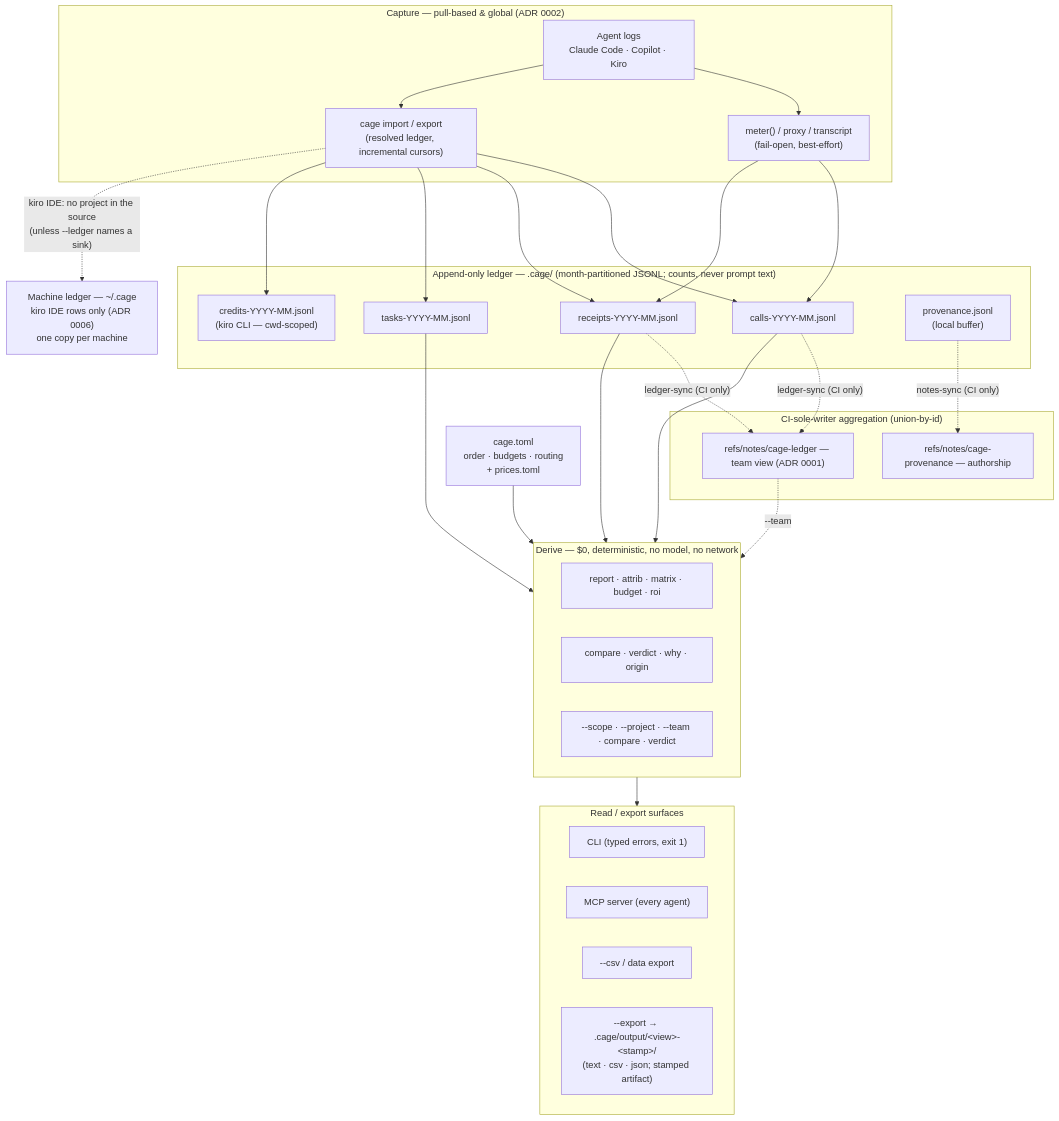
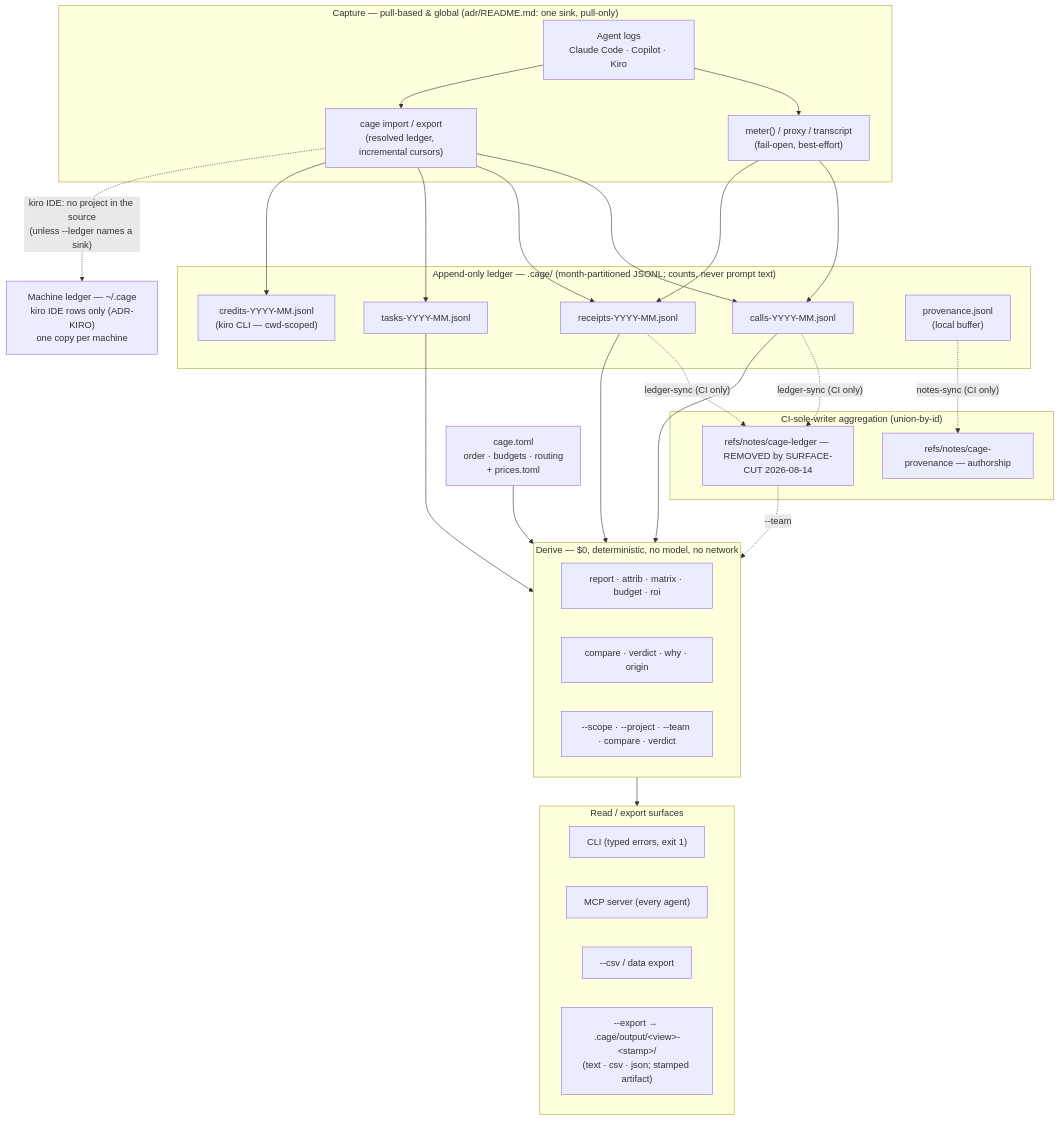
The diagram in docs/architecture-flow.mermaid (arpitarya/cage), drawn with Mermaid before and after one commit. The commit also changed 196 other files, not shown here.

```diff
--- a/docs/architecture-flow.mermaid
+++ b/docs/architecture-flow.mermaid
@@ -1,61 +1,61 @@
 %% cage — the one-way data flow (capture → append-only ledger → deterministic derive → read/export)
 %% Maintained: update when a stage, sink, or read surface changes (see DOC-REGISTRY.md).
 %% Mirrors the Architecture section of CLAUDE.md and docs/cage-plan.md §3–§5.
 flowchart TD
-    subgraph capture["Capture — pull-based & global (ADR 0002)"]
+    subgraph capture["Capture — pull-based & global (adr/README.md: one sink, pull-only)"]
         agents["Agent logs<br/>Claude Code · Copilot · Kiro"]
         meter["meter() / proxy / transcript<br/>(fail-open, best-effort)"]
         imp["cage import / export<br/>(resolved ledger, incremental cursors)"]
         agents --> meter
         agents --> imp
     end
 
     subgraph ledger["Append-only ledger — .cage/ (month-partitioned JSONL; counts, never prompt text)"]
         calls["calls-YYYY-MM.jsonl"]
         receipts["receipts-YYYY-MM.jsonl"]
         tasks["tasks-YYYY-MM.jsonl"]
         credits["credits-YYYY-MM.jsonl<br/>(kiro CLI — cwd-scoped)"]
         prov["provenance.jsonl<br/>(local buffer)"]
     end
 
-    machine["Machine ledger — ~/.cage<br/>kiro IDE rows only (ADR 0006)<br/>one copy per machine"]
+    machine["Machine ledger — ~/.cage<br/>kiro IDE rows only (ADR-KIRO)<br/>one copy per machine"]
 
     meter --> calls
     meter --> receipts
     imp --> calls
     imp --> receipts
     imp --> tasks
     imp --> credits
     imp -. "kiro IDE: no project in the source<br/>(unless --ledger names a sink)" .-> machine
 
     policy["cage.toml<br/>order · budgets · routing<br/>+ prices.toml"]
 
     subgraph derive["Derive — $0, deterministic, no model, no network"]
         d1["report · attrib · matrix · budget · roi"]
         d2["compare · verdict · why · origin"]
         d3["--scope · --project · --team · compare · verdict"]
     end
 
     calls --> derive
     receipts --> derive
     tasks --> derive
     policy --> derive
 
     subgraph read["Read / export surfaces"]
         cli["CLI (typed errors, exit 1)"]
         mcp["MCP server (every agent)"]
         csv["--csv / data export"]
         art["--export → .cage/output/&lt;view&gt;-&lt;stamp&gt;/<br/>(text · csv · json; stamped artifact)"]
     end
 
     derive --> read
 
     subgraph ci["CI-sole-writer aggregation (union-by-id)"]
-        nledger["refs/notes/cage-ledger — team view (ADR 0001)"]
+        nledger["refs/notes/cage-ledger — REMOVED by SURFACE-CUT 2026-08-14"]
         nprov["refs/notes/cage-provenance — authorship"]
     end
 
     calls -. ledger-sync (CI only) .-> nledger
     receipts -. ledger-sync (CI only) .-> nledger
     prov -. notes-sync (CI only) .-> nprov
     nledger -. --team .-> derive
```
